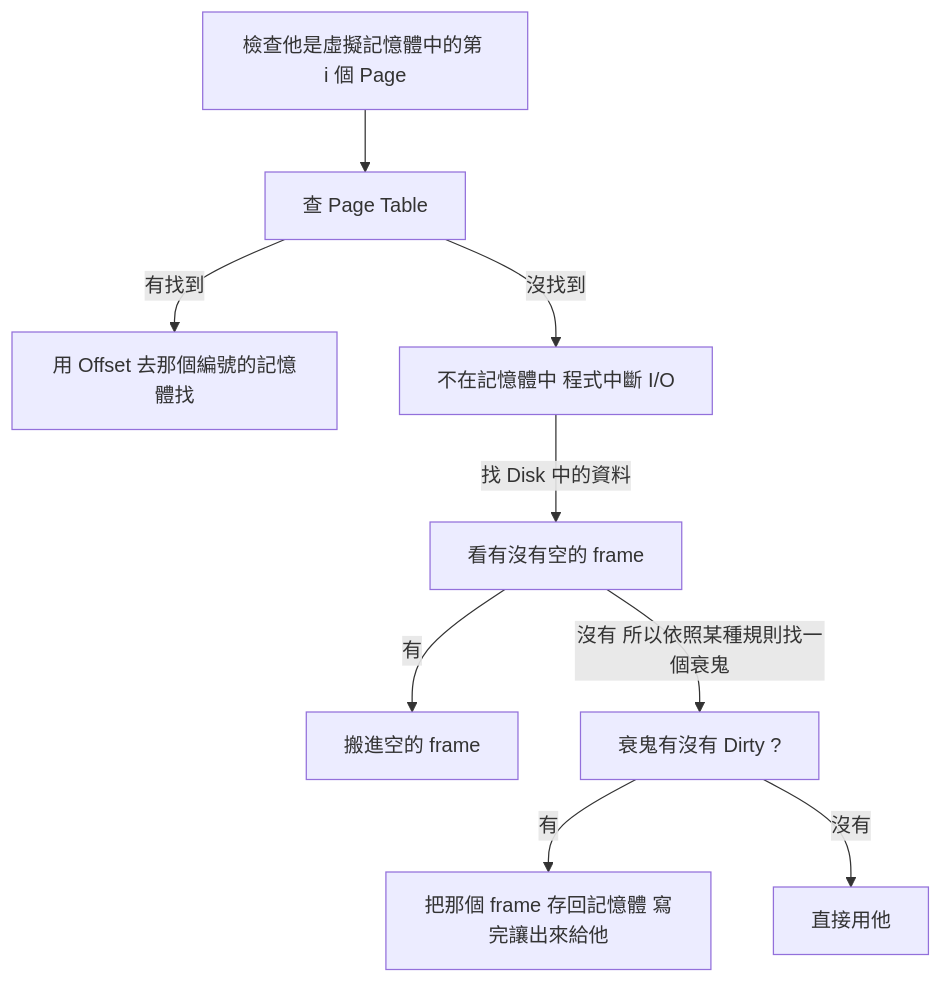
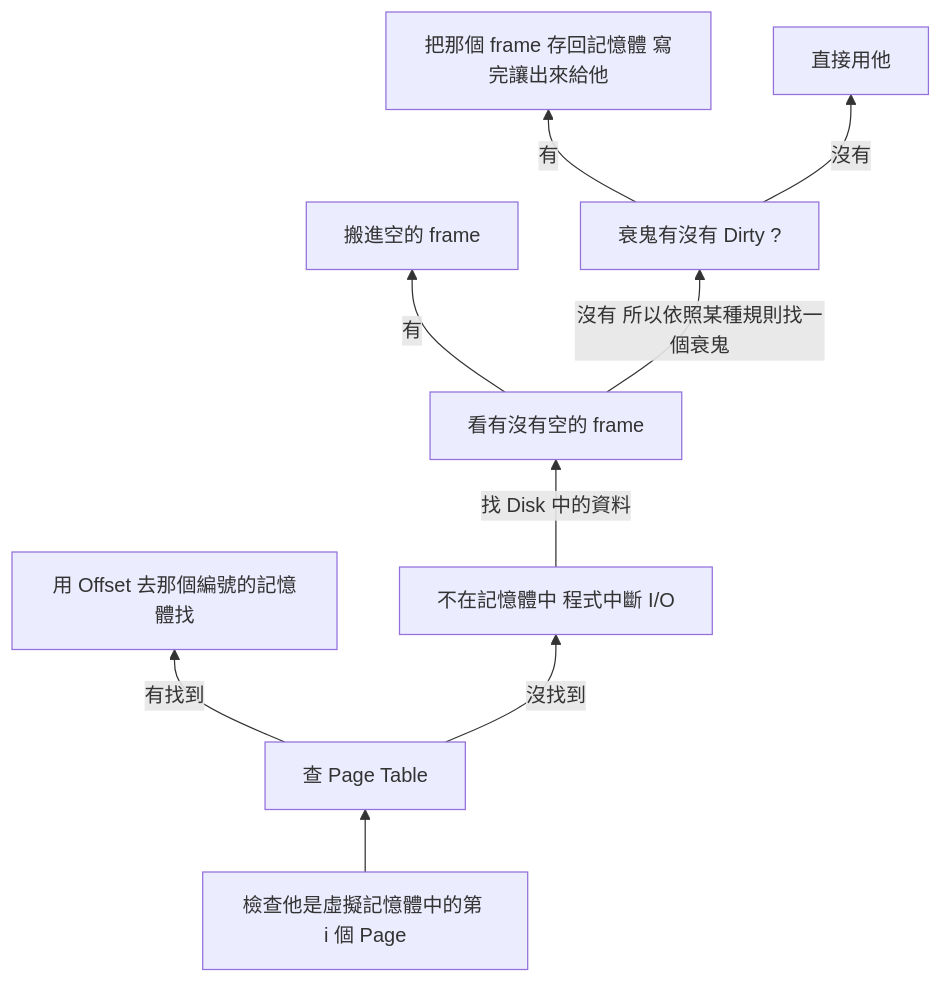
One commit to 0xff07/CS_Notes changed the third of 3 diagrams in Computer Organization/Memory.md. Above: the diagram before and after it, drawn with Mermaid. The commit also changed other lines of this file and 31 other files, not shown here.

````diff
--- a/Computer Organization/Memory.md
+++ b/Computer Organization/Memory.md
@@ -224,11 +269,11 @@
 ```mermaid
-graph TD
+graph BT
 A[檢查他是虛擬記憶體中的第 i 個 Page] --> B[去Page Table]
 B[查 Page Table] -->|有找到| C[用 Offset 去那個編號的記憶體找]
 B[查 Page Table] -->|沒找到| D[不在記憶體中 程式中斷 I/O]
 D[不在記憶體中 程式中斷 I/O] --> |找 Disk 中的資料|E[看有沒有空的 frame]
 E[看記憶體有沒有空的 frame] --> |有|F[搬進空的 frame]
 E[看有沒有空的 frame] -->|沒有 所以依照某種規則找一個衰鬼|L[衰鬼有沒有 Dirty ?]
 L[衰鬼有沒有 Dirty ?] --> |有| H[把那個 frame 存回記憶體 寫完讓出來給他]
 L[衰鬼有沒有 Dirty ?]--> |沒有|J[直接用他]
 ```
````
